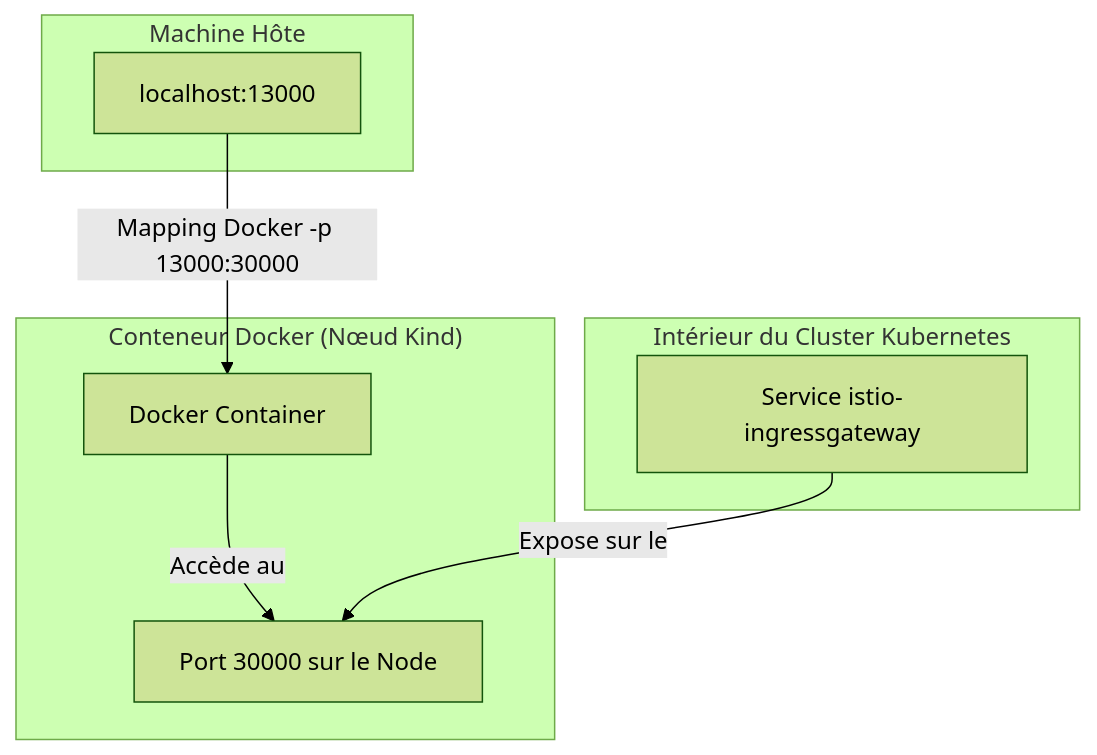
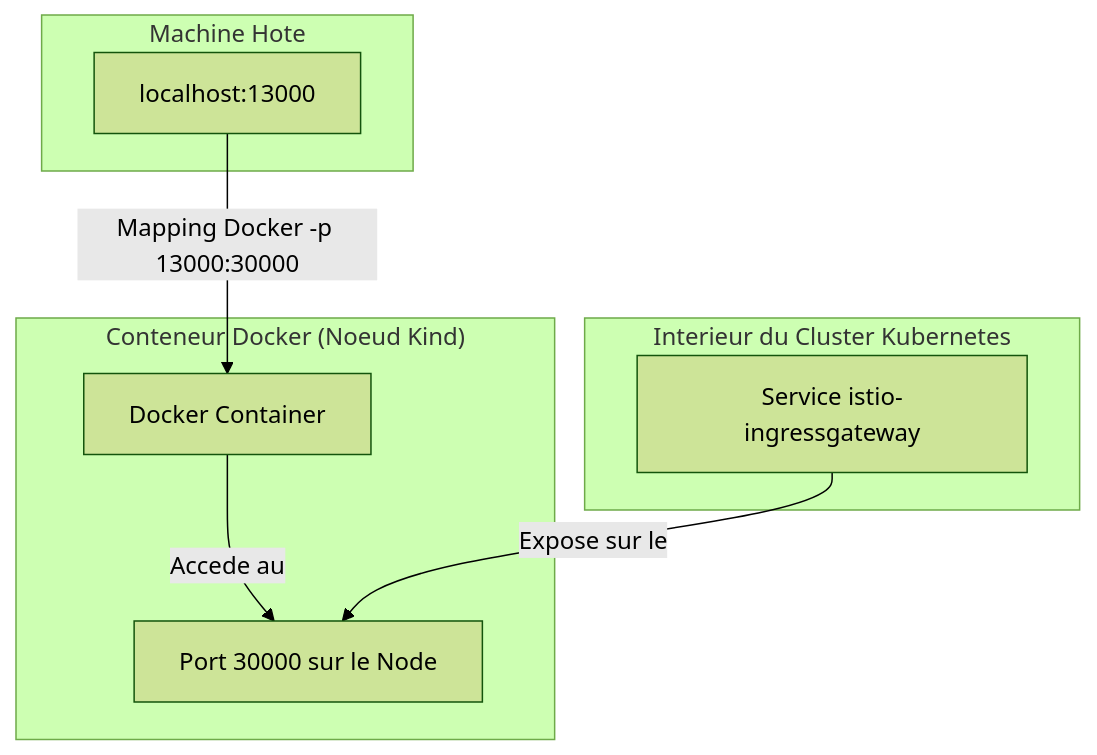
The third of 10 diagrams in sprint3.md (HarcheSamir/esisba-lirmm-ecommerce), drawn with Mermaid (forest theme) before and after one commit. The commit also changed other lines of this file, not shown here.

````diff
--- a/sprint3.md
+++ b/sprint3.md
@@ -155,19 +160,19 @@
 ```mermaid
 graph TD
-    subgraph "Machine Hôte"
-        localhost[localhost:13000]
+    subgraph "Machine Hote"
+        localhost["localhost:13000"]
     end
 
-    subgraph "Conteneur Docker (Nœud Kind)"
-        Node[Docker Container]
-        NodePort[Port 30000 sur le Node]
+    subgraph "Conteneur Docker (Noeud Kind)"
+        Node["Docker Container"]
+        NodePort["Port 30000 sur le Node"]
     end
     
-    subgraph "Intérieur du Cluster Kubernetes"
-        K8sService[Service istio-ingressgateway]
+    subgraph "Interieur du Cluster Kubernetes"
+        K8sService["Service istio-ingressgateway"]
     end
 
     localhost -- "Mapping Docker -p 13000:30000" --> Node
-    Node -- "Accède au" --> NodePort
+    Node -- "Accede au" --> NodePort
     K8sService -- "Expose sur le" --> NodePort
 ```
````
